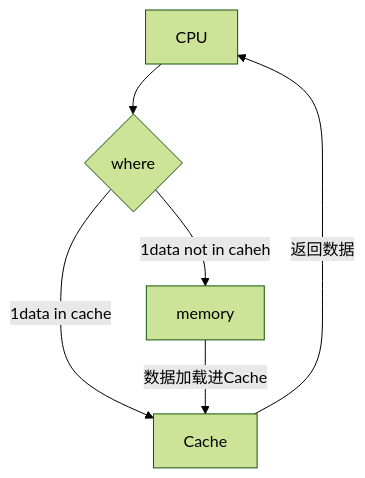
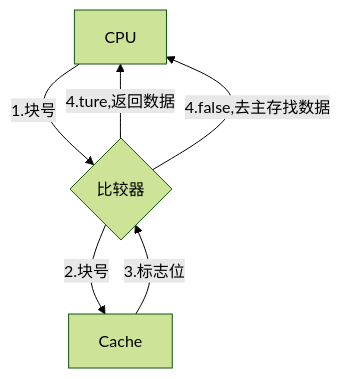
The first of 4 diagrams in _posts/2021/2021-02-22-system-structure.md (sorryle/sorryle.github.io), drawn with Mermaid (forest theme) before and after one commit. The commit also changed other lines of this file, not shown here.

````diff
--- a/_posts/2021/2021-02-22-system-structure.md
+++ b/_posts/2021/2021-02-22-system-structure.md
@@ -30,8 +30,8 @@
 ```mermaid
 graph TD
-    a[CPU] --> b{where};
-    b -->|1data in cache| c[Cache];
-    c -->|返回数据| a;
-    b -->|1data not in caheh| d[memory];
-    d -->|数据加载进Cache| c
+    a[CPU] -->|1.块号| b{比较器};
+    b -->|2.块号| c[Cache];
+    c -->|3.标志位| b;
+    b -->|4.ture,返回数据| a;
+    b -->|4.false,去主存找数据| a;
 ```
````
